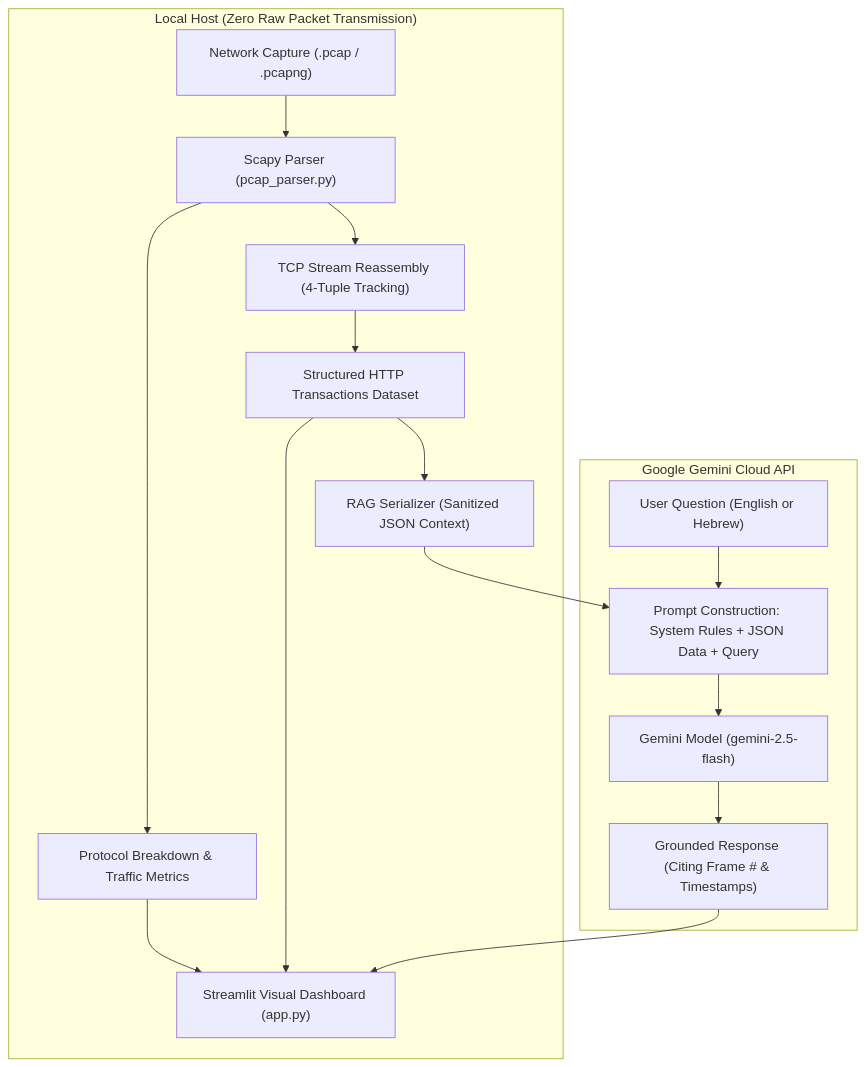
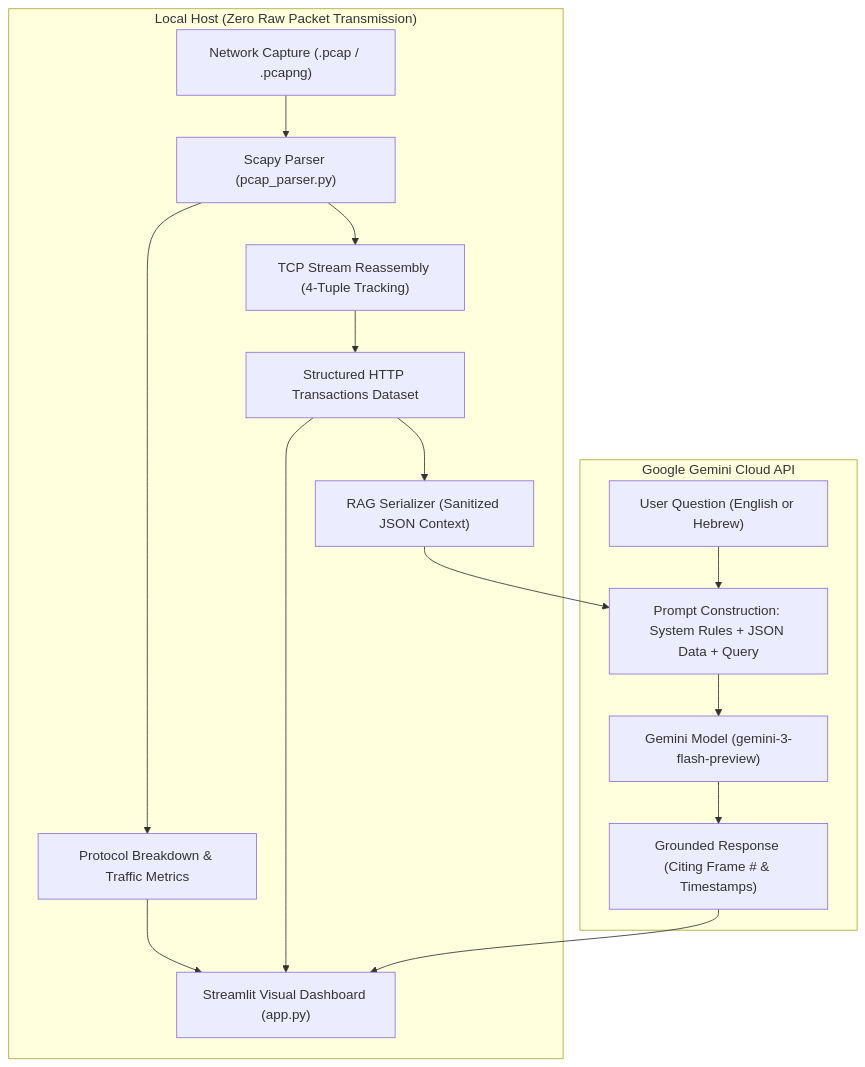
One commit to ronigreenfeld/PCAP-Analyzer changed the diagram in README.md. Above: the diagram before and after it, drawn with Mermaid. The commit also changed other lines of this file, not shown here.

Commit message:
Update README: reflect active gemini-3 model and multi-segment TCP reassembly capability

````diff
--- a/README.md
+++ b/README.md
@@ -15,21 +15,21 @@
 ```mermaid
 flowchart TD
     subgraph LocalMachine ["Local Host (Zero Raw Packet Transmission)"]
         A["Network Capture (.pcap / .pcapng)"] --> B["Scapy Parser (pcap_parser.py)"]
         B --> C["Protocol Breakdown & Traffic Metrics"]
         B --> D["TCP Stream Reassembly (4-Tuple Tracking)"]
         D --> E["Structured HTTP Transactions Dataset"]
         C --> F["Streamlit Visual Dashboard (app.py)"]
         E --> F
         E --> G["RAG Serializer (Sanitized JSON Context)"]
     end
 
     subgraph GeminiAI ["Google Gemini Cloud API"]
         G --> H["Prompt Construction: System Rules + JSON Data + Query"]
         UserQuery["User Question (English or Hebrew)"] --> H
-        H --> Model["Gemini Model (gemini-2.5-flash)"]
+        H --> Model["Gemini Model (gemini-3-flash-preview)"]
         Model --> Answer["Grounded Response (Citing Frame # & Timestamps)"]
     end
 
     Answer --> F
 ```
````
